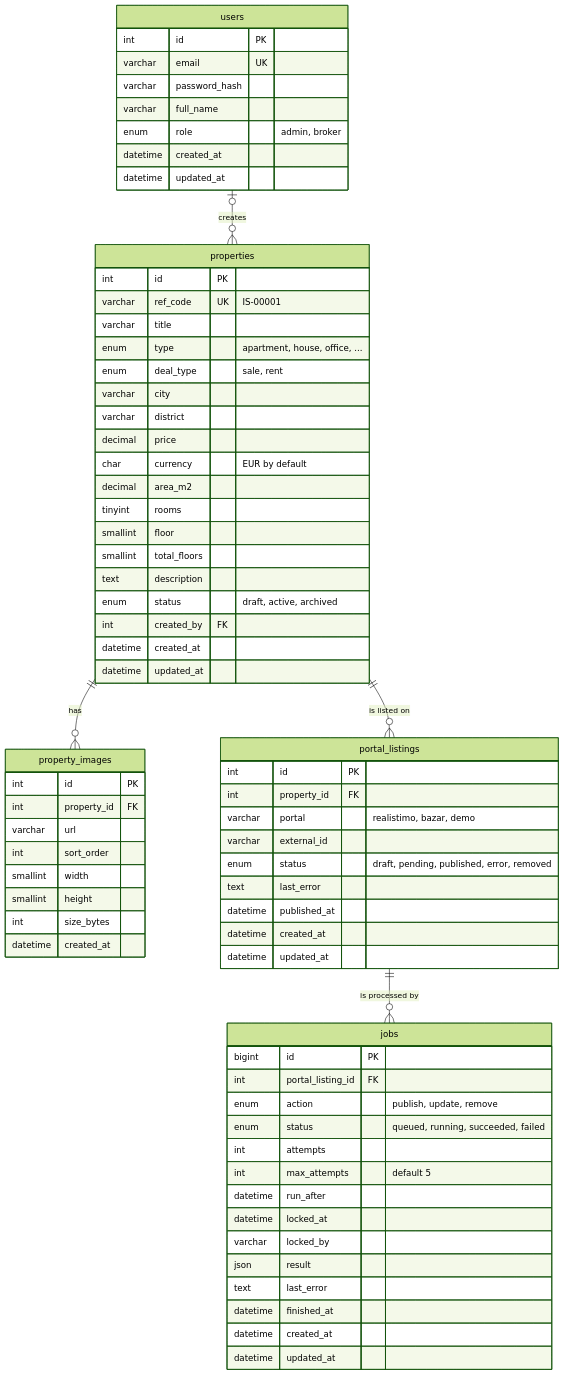
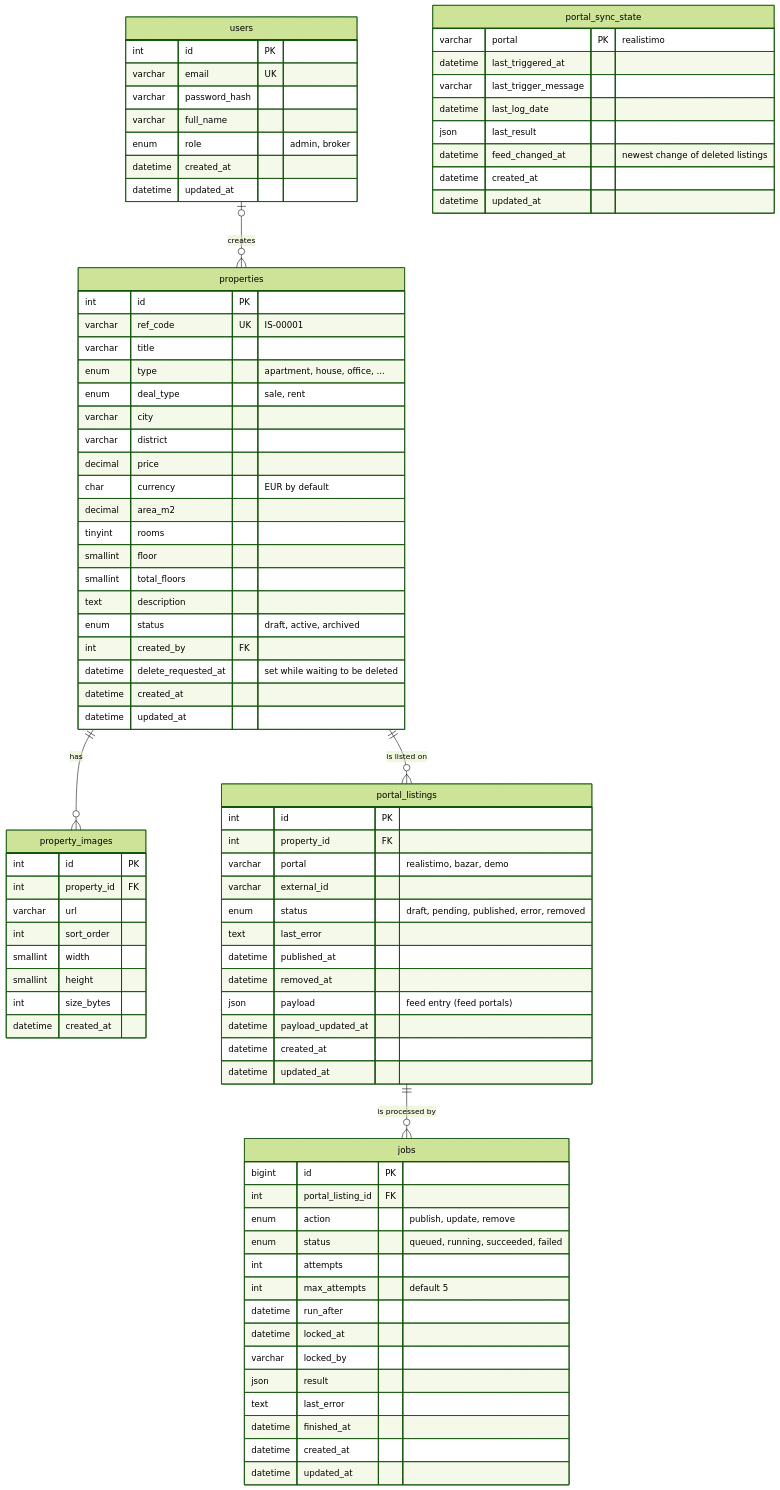
One commit to DiyanskiTY/imotsync changed the second of 2 diagrams in README.md. Above: the diagram before and after it, drawn with Mermaid (forest theme). The commit also changed other lines of this file and 127 other files, not shown here.

````diff
--- a/README.md
+++ b/README.md
@@ -468,6 +607,7 @@
         text description
         enum status "draft, active, archived"
         int created_by FK
+        datetime delete_requested_at "set while waiting to be deleted"
         datetime created_at
         datetime updated_at
     }
@@ -489,6 +629,9 @@
         enum status "draft, pending, published, error, removed"
         text last_error
         datetime published_at
+        datetime removed_at
+        json payload "feed entry (feed portals)"
+        datetime payload_updated_at
         datetime created_at
         datetime updated_at
     }
@@ -508,4 +651,14 @@
         datetime created_at
         datetime updated_at
     }
+    portal_sync_state {
+        varchar portal PK "realistimo"
+        datetime last_triggered_at
+        varchar last_trigger_message
+        datetime last_log_date
+        json last_result
+        datetime feed_changed_at "newest change of deleted listings"
+        datetime created_at
+        datetime updated_at
+    }
 ```
````
